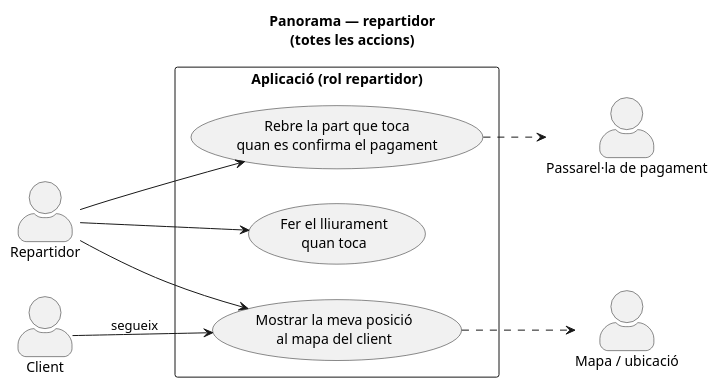
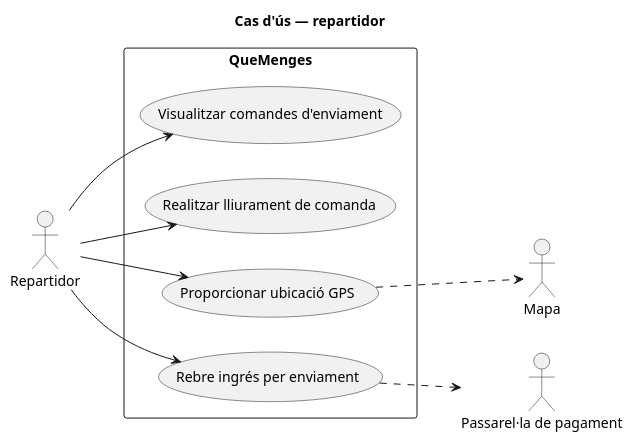
One commit to enricalv03/ES23UAB-411-08 changed the diagram in diagrames/Us/generals/overview-repartidor.puml. Above: the diagram before and after it, drawn with PlantUML. The commit also changed 3 other files, not shown here.

```diff
--- a/diagrames/Us/generals/overview-repartidor.puml
+++ b/diagrames/Us/generals/overview-repartidor.puml
@@ -1,27 +1,28 @@
 @startuml us-overview-repartidor
-skinparam actorStyle awesome
+skinparam actorStyle stickman
 left to right direction
 
-title Panorama — repartidor\n(totes les accions)
+title Cas d'ús — repartidor
 
 actor "Repartidor" as actorRepartidor
-actor "Client" as actorClient
-actor "Mapa / ubicació" as Mapa
+actor "Mapa" as Mapa
 actor "Passarel·la de pagament" as Pay
 
-rectangle "Aplicació (rol repartidor)" {
-  usecase "Fer el lliurament\nquan toca" as R1
-  usecase "Mostrar la meva posició\nal mapa del client" as R2
-  usecase "Rebre la part que toca\nquan es confirma el pagament" as R3
+rectangle "QueMenges" {
+  usecase "Visualitzar comandes d'enviament" as R0
+  usecase "Realitzar lliurament de comanda" as R1
+  usecase "Proporcionar ubicació GPS" as R2
+  usecase "Rebre ingrés per enviament" as R3
 }
 
+actorRepartidor --> R0
 actorRepartidor --> R1
 actorRepartidor --> R2
 actorRepartidor --> R3
 
-actorClient --> R2 : segueix
+
 
 R2 ..> Mapa
 R3 ..> Pay
 
 @enduml
```
